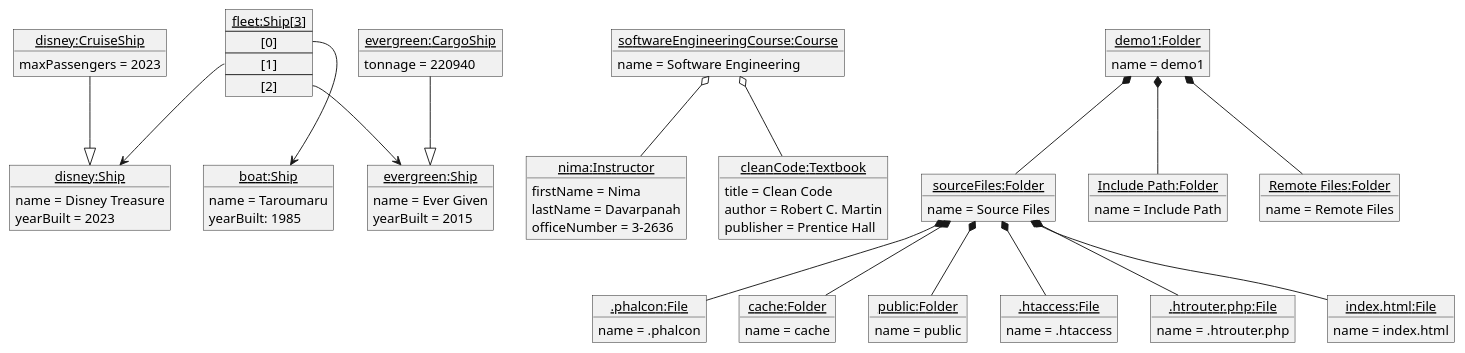
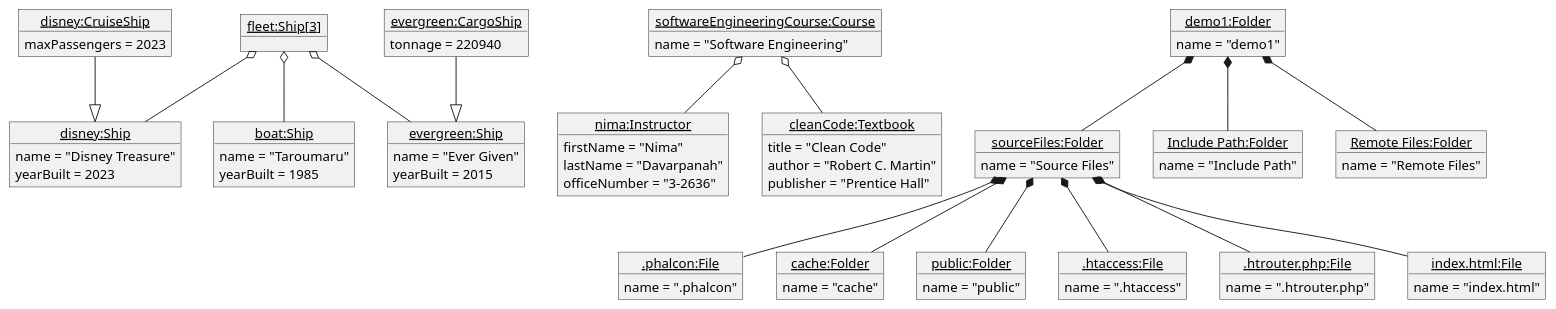
The diagram in src/Homework_3/HW3_Object_Diagrams.puml (Lex-ari/CS4800-Projects), drawn with PlantUML before and after one commit.

Commit message:
Fix Formatting

```diff
--- a/src/Homework_3/HW3_Object_Diagrams.puml
+++ b/src/Homework_3/HW3_Object_Diagrams.puml
@@ -1,96 +1,96 @@
 @startuml
 'https://plantuml.com/object-diagram
 
 object "<u>boat:Ship</u>" as taroumaru{
-name = Taroumaru
-yearBuilt: 1985
+name = "Taroumaru"
+yearBuilt = 1985
 }
 
 object "<u>disney:CruiseShip</u>" as disney{
 maxPassengers = 2023
 }
 
 object "<u>disney:Ship</u>" as disneyShip{
-name = Disney Treasure
+name = "Disney Treasure"
 yearBuilt = 2023
 }
 
 object "<u>evergreen:CargoShip</u>" as evergreen{
 tonnage = 220940
 }
 
 object "<u>evergreen:Ship</u>" as evergreenShip{
-name = Ever Given
+name = "Ever Given"
 yearBuilt = 2015
 }
 
 
-map "<u>fleet:Ship[3]</u>" as fleet{
-[0] *--> taroumaru
-[1] *--> disneyShip
-[2] *--> evergreenShip
+object "<u>fleet:Ship[3]</u>" as fleet{
 }
+fleet o-- disneyShip
+fleet o-- taroumaru
+fleet o-- evergreenShip
 disney --|> disneyShip
 evergreen --|> evergreenShip
 
 object "<u>softwareEngineeringCourse:Course</u>" as softwareEngineeringCourse{
-name = Software Engineering
+name = "Software Engineering"
 }
 
 object "<u>nima:Instructor</u>" as nima{
-firstName = Nima
-lastName = Davarpanah
-officeNumber = 3-2636
+firstName = "Nima"
+lastName = "Davarpanah"
+officeNumber = "3-2636"
 }
 
 object "<u>cleanCode:Textbook</u>" as cleanCode{
-title = Clean Code
-author = Robert C. Martin
-publisher = Prentice Hall
+title = "Clean Code"
+author = "Robert C. Martin"
+publisher = "Prentice Hall"
 }
 
 softwareEngineeringCourse o-- nima
 softwareEngineeringCourse o-- cleanCode
 
 object "<u>demo1:Folder</u>" as demo1{
-name = demo1
+name = "demo1"
 }
 object "<u>sourceFiles:Folder</u>" as sourceFiles{
-name = Source Files
+name = "Source Files"
 }
 object "<u>.phalcon:File</u>" as .phalcon{
-name = .phalcon
+name = ".phalcon"
 }
 object "<u>cache:Folder</u>" as cache{
-name = cache
+name = "cache"
 }
 object "<u>public:Folder</u>" as public{
-name = public
+name = "public"
 }
 object "<u>.htaccess:File</u>" as .htaccess{
-name = .htaccess
+name = ".htaccess"
 }
 object "<u>.htrouter.php:File</u>" as htrouterphp{
-name = .htrouter.php
+name = ".htrouter.php"
 }
 object "<u>index.html:File</u>" as indexhtml{
-name = index.html
+name = "index.html"
 }
 object "<u>Include Path:Folder</u>" as includePath{
-name = Include Path
+name = "Include Path"
 }
 object "<u>Remote Files:Folder</u>" as remoteFiles{
-name = Remote Files
+name = "Remote Files"
 }
 demo1 *-- sourceFiles
 sourceFiles *-- .phalcon
 sourceFiles *-- cache
 sourceFiles *-- public
 sourceFiles *-- .htaccess
 sourceFiles *-- htrouterphp
 sourceFiles *-- indexhtml
 demo1 *-- includePath
 demo1 *-- remoteFiles
 
 
 @enduml
```
